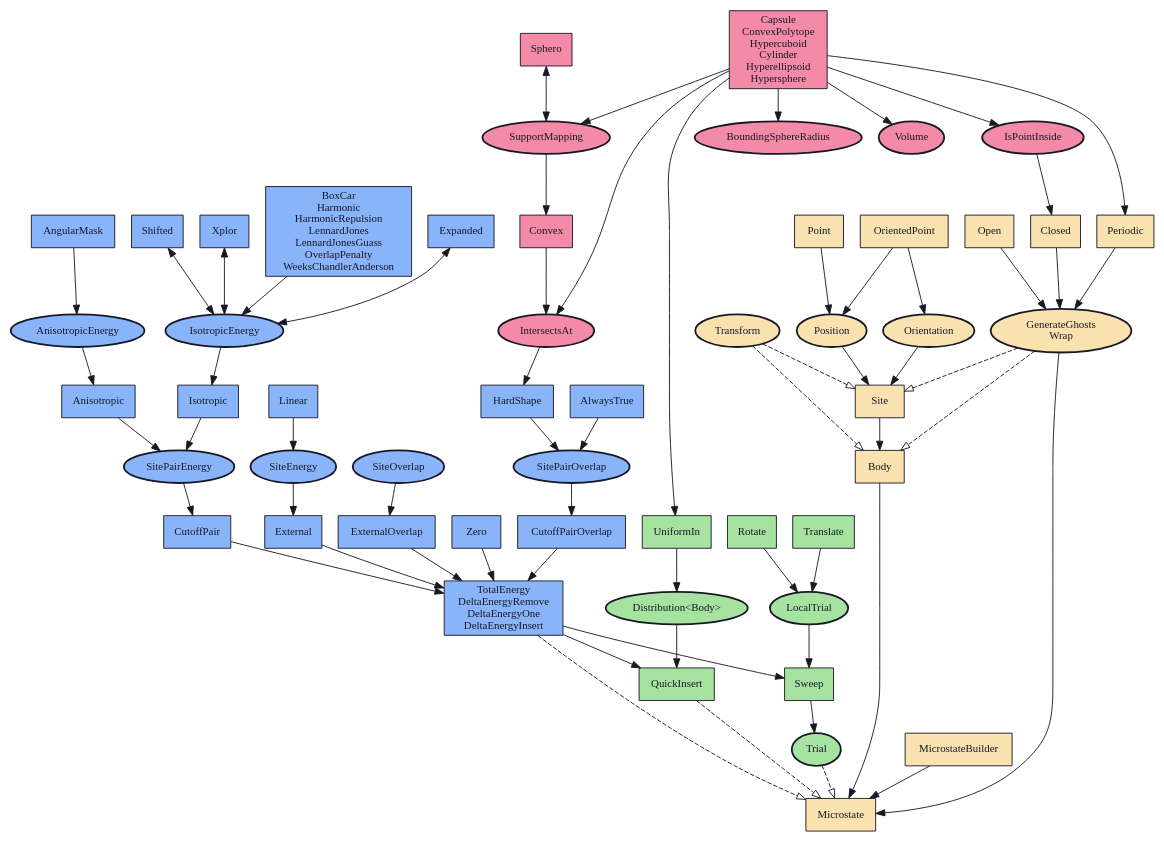
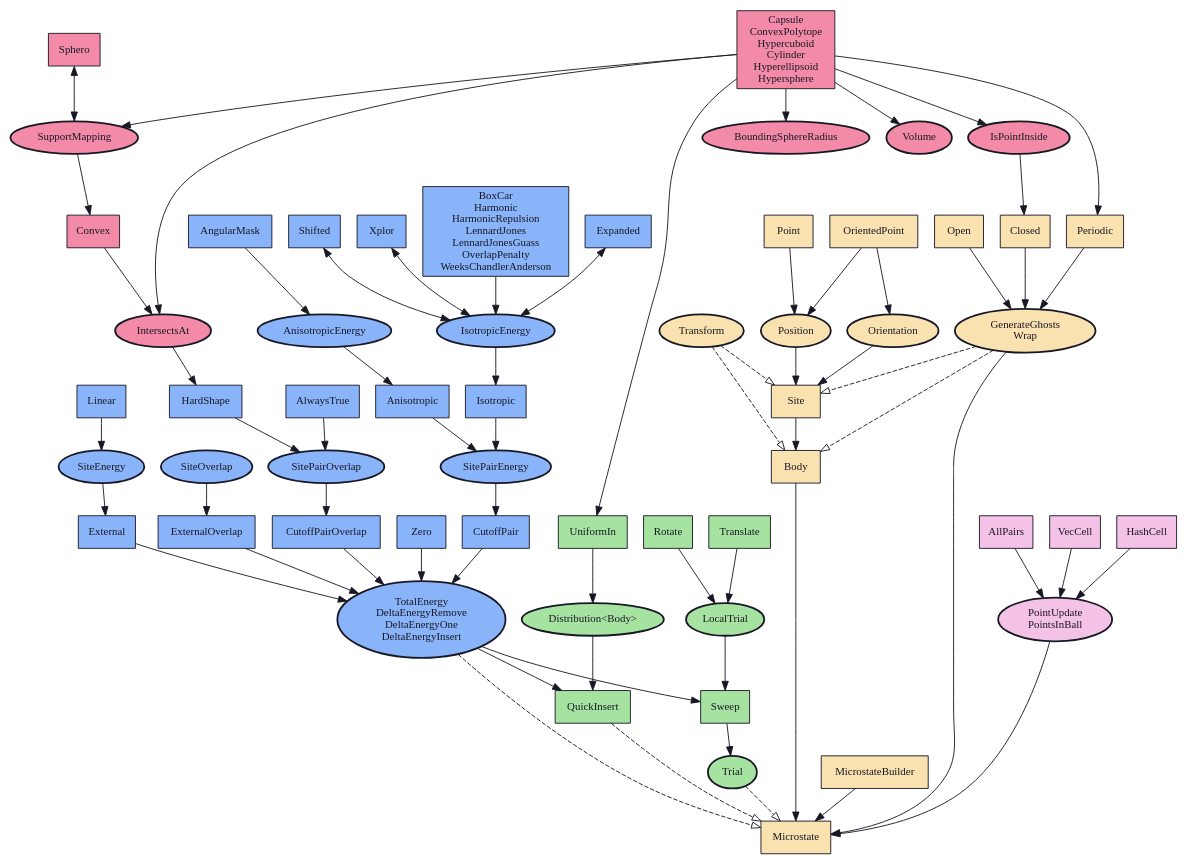
The diagram in doc/figures/structure.dot (glotzerlab/hoomd-rs), drawn with Graphviz before and after one commit. The commit also changed 3 other files, not shown here.

Commit message:
Add hoomd-spatial.

```diff
--- a/doc/figures/structure.dot
+++ b/doc/figures/structure.dot
@@ -3,6 +3,7 @@
     // rankdir = "LR"
     bgcolor = "#00000000"
 
+    // colors from: https://github.com/catppuccin/catppuccin
     node [ color = "#181825", fontcolor = "#181825"]
     edge [ color = "#181825" ]
 
@@ -28,6 +29,8 @@
         AnisotropicEnergy
         IsotropicEnergy
 
+        Hamiltonian [ label="TotalEnergy\nDeltaEnergyRemove\nDeltaEnergyOne\nDeltaEnergyInsert"]
+
         // Types and their relations to traits
         node [ shape=rectangle, fillcolor="#89b4fa", style="filled"]
 
@@ -48,8 +51,6 @@
         Shifted -> IsotropicEnergy [ dir=both ]
         Xplor -> IsotropicEnergy [ dir=both ]
         Anisotropic -> SitePairEnergy
-
-        Hamiltonian [ label="TotalEnergy\nDeltaEnergyRemove\nDeltaEnergyOne\nDeltaEnergyInsert"]
 
         External -> Hamiltonian
         ExternalOverlap -> Hamiltonian
@@ -198,10 +199,39 @@
         IsPointInside [ URL="../api/hoomd_geometry/trait.IsPointInside.html" ]
         }
 
+    subgraph hoomd_spatial {
+        label = "hoomd-spatial"
+
+        style = rounded
+
+        // Traits
+        node [ shape=ellipse, fillcolor="#f5c2e7", style="bold,filled,rounded"]
+
+        spatial [ label="PointUpdate\nPointsInBall" ]
+
+        // Types and their relation to traits
+        node [ shape=rectangle, fillcolor="#f5c2e7", style="filled"]
+
+        VecCell
+        HashCell
+        AllPairs
+
+        VecCell -> spatial
+        HashCell -> spatial
+        AllPairs -> spatial
+
+        // URLs to the documentation
+        spatial [ URL="../api/hoomd_spatial/index.html" ]
+        AllPairs [ URL="../api/hoomd_spatial/struct.AllPairs.html" ]
+        HashCell [ URL="../api/hoomd_spatial/struct.HashCell.html" ]
+        VecCell [ URL="../api/hoomd_spatial/struct.VecCell.html" ]
+    }
+
     Hamiltonian -> {QuickInsert, Sweep}
     Trial -> Microstate [ style=dashed, arrowhead=empty ]
     QuickInsert -> Microstate [ style=dashed, arrowhead=empty ]
     Hamiltonian -> Microstate [ style=dashed, arrowhead=empty ]
+    spatial -> Microstate
     IntersectsAt -> HardShape
     IsPointInside -> Closed
     shapes -> Periodic
@@ -209,5 +239,5 @@
 
     // layout help
     { rank=same; Open; Closed; Periodic }
-    { rank=same; UniformIn; Rotate; Translate }
+    { rank=same; UniformIn; Rotate; Translate; HashCell; AllPairs; VecCell }
 }
```
